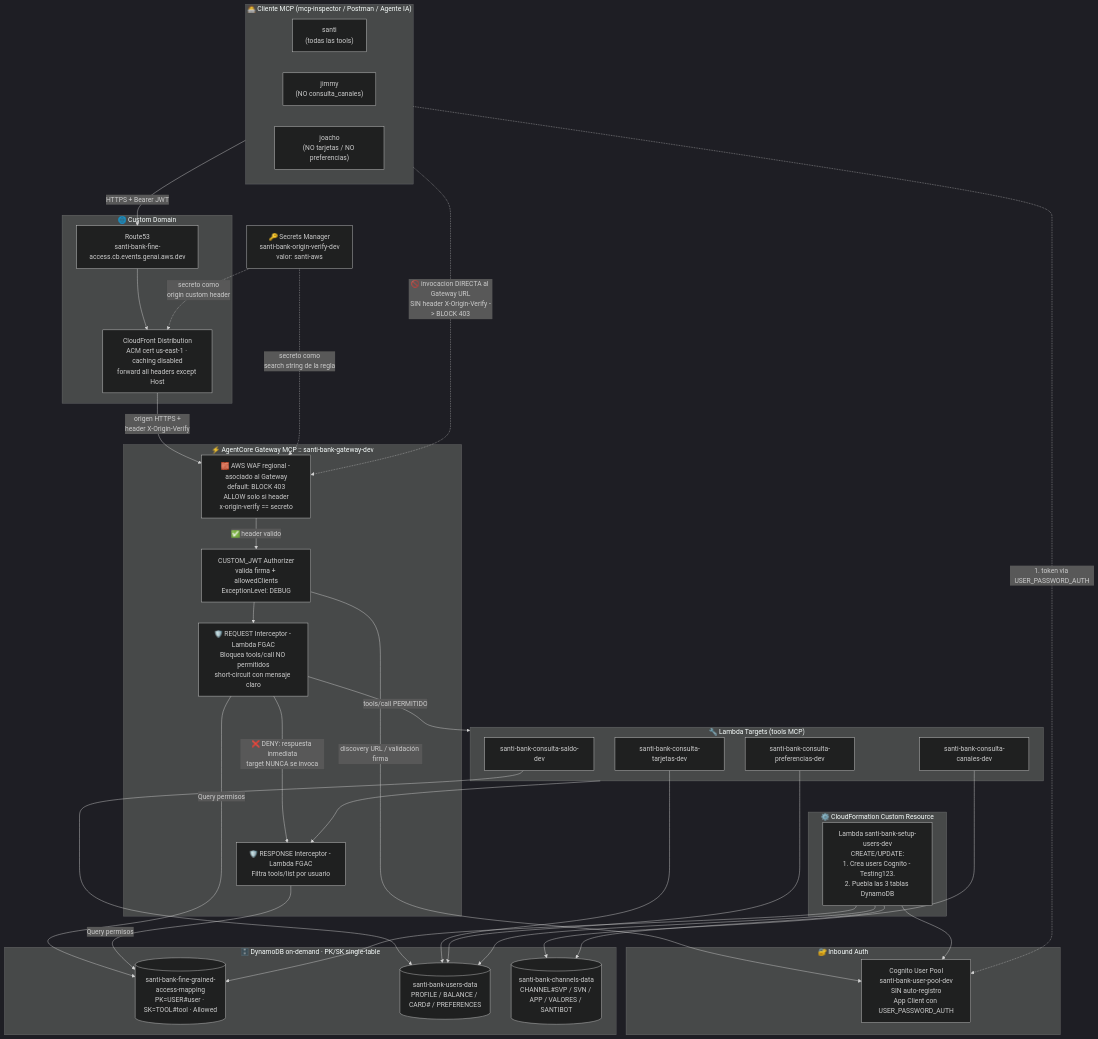
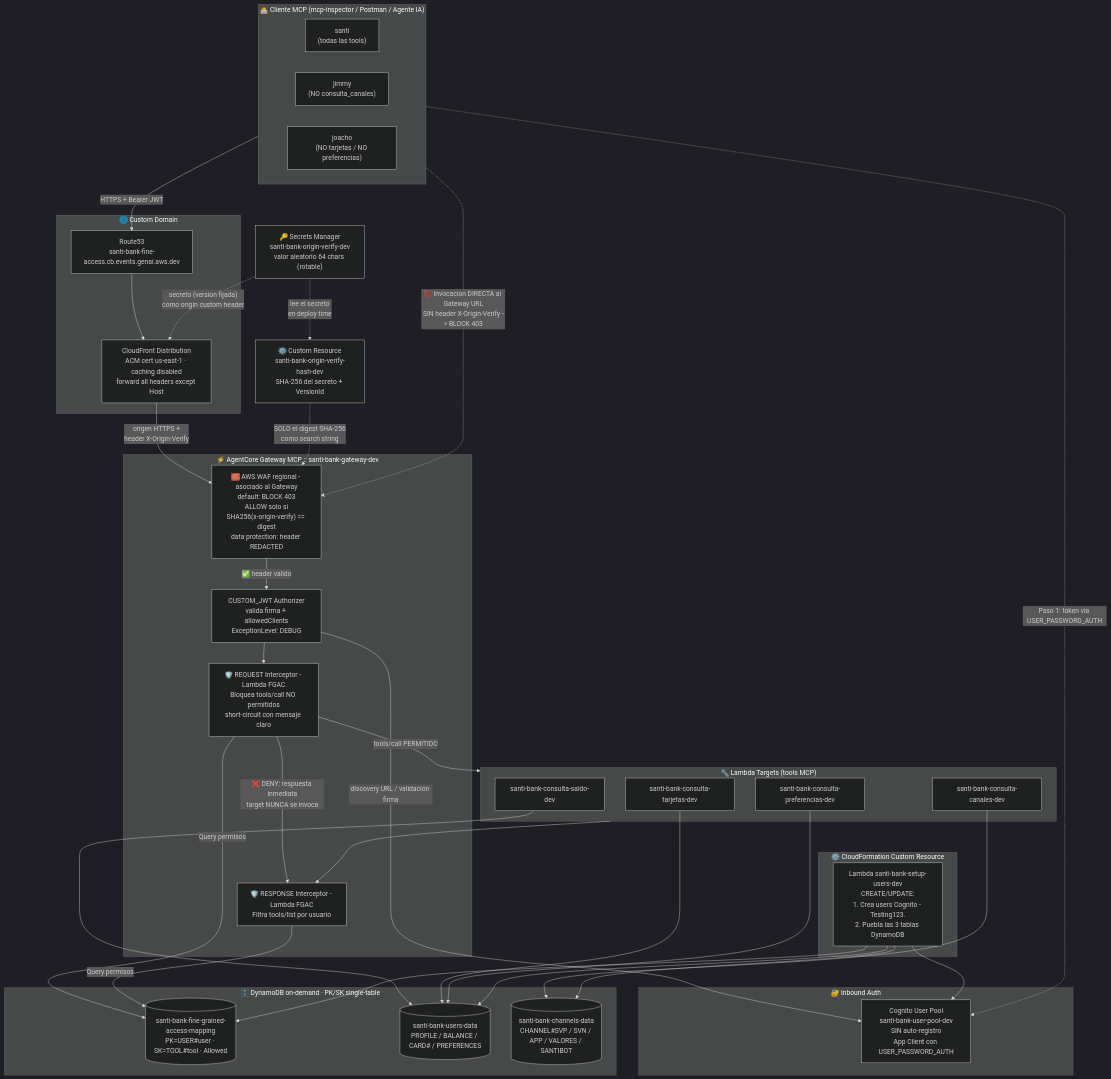
The first of 10 diagrams in README.md (san99tiago/aws-agentcore-fine-grained-access-bank-demo), drawn with Mermaid (dark theme) before and after one commit. The commit also changed other lines of this file and 10 other files, not shown here.

````diff
--- a/README.md
+++ b/README.md
@@ -59,65 +62,67 @@
 ```mermaid
 flowchart TB
     subgraph CLIENT["🧑‍💻 Cliente MCP (mcp-inspector / Postman / Agente IA)"]
         U1["santi<br/>(todas las tools)"]
         U2["jimmy<br/>(NO consulta_canales)"]
         U3["joacho<br/>(NO tarjetas / NO preferencias)"]
     end
 
     subgraph DNS["🌐 Custom Domain"]
         R53["Route53<br/>santi-bank-fine-access.cb.events.genai.aws.dev"]
         CF["CloudFront Distribution<br/>ACM cert us-east-1 · caching disabled<br/>forward all headers except Host"]
     end
 
     subgraph AUTH["🔐 Inbound Auth"]
         COG["Cognito User Pool<br/>santi-bank-user-pool-dev<br/>SIN auto-registro<br/>App Client con USER_PASSWORD_AUTH"]
     end
 
-    SM["🔑 Secrets Manager<br/>santi-bank-origin-verify-dev<br/>valor: santi-aws"]
+    SM["🔑 Secrets Manager<br/>santi-bank-origin-verify-dev<br/>valor aleatorio 64 chars (rotable)"]
+    HASHCR["⚙️ Custom Resource<br/>santi-bank-origin-verify-hash-dev<br/>SHA-256 del secreto + VersionId"]
 
     subgraph GW["⚡ AgentCore Gateway MCP :: santi-bank-gateway-dev"]
-        WAF["🧱 AWS WAF regional - asociado al Gateway<br/>default: BLOCK 403<br/>ALLOW solo si header<br/>x-origin-verify == secreto"]
+        WAF["🧱 AWS WAF regional - asociado al Gateway<br/>default: BLOCK 403<br/>ALLOW solo si<br/>SHA256(x-origin-verify) == digest<br/>data protection: header REDACTED"]
         JWT["CUSTOM_JWT Authorizer<br/>valida firma + allowedClients<br/>ExceptionLevel: DEBUG"]
         REQINT["🛡️ REQUEST Interceptor - Lambda FGAC<br/>Bloquea tools/call NO permitidos<br/>short-circuit con mensaje claro"]
         RESINT["🛡️ RESPONSE Interceptor - Lambda FGAC<br/>Filtra tools/list por usuario"]
     end
 
     subgraph TOOLS["🔧 Lambda Targets (tools MCP)"]
         T1["santi-bank-consulta-saldo-dev"]
         T2["santi-bank-consulta-tarjetas-dev"]
         T3["santi-bank-consulta-canales-dev"]
         T4["santi-bank-consulta-preferencias-dev"]
     end
 
     subgraph DATA["🗄️ DynamoDB on-demand · PK/SK single-table"]
         D1[("santi-bank-fine-grained-access-mapping<br/>PK=USER#user · SK=TOOL#tool · Allowed")]
         D2[("santi-bank-users-data<br/>PROFILE / BALANCE / CARD# / PREFERENCES")]
         D3[("santi-bank-channels-data<br/>CHANNEL#SVP / SVN / APP / VALORES / SANTIBOT")]
     end
 
     subgraph CRSETUP["⚙️ CloudFormation Custom Resource"]
         CR["Lambda santi-bank-setup-users-dev<br/>CREATE/UPDATE:<br/>1. Crea users Cognito - Testing123.<br/>2. Puebla las 3 tablas DynamoDB"]
     end
 
     CLIENT -->|"HTTPS + Bearer JWT"| R53 --> CF -->|"origen HTTPS +<br/>header X-Origin-Verify"| WAF
     WAF -->|"✅ header valido"| JWT
     CLIENT -.->|"🚫 invocacion DIRECTA al Gateway URL<br/>SIN header X-Origin-Verify -> BLOCK 403"| WAF
-    SM -.->|"secreto como<br/>origin custom header"| CF
-    SM -.->|"secreto como<br/>search string de la regla"| WAF
-    CLIENT -.->|"1. token via USER_PASSWORD_AUTH"| COG
+    SM -.->|"secreto (version fijada)<br/>como origin custom header"| CF
+    SM -.->|"lee el secreto<br/>en deploy time"| HASHCR
+    HASHCR -.->|"SOLO el digest SHA-256<br/>como search string"| WAF
+    CLIENT -.->|"Paso 1: token via USER_PASSWORD_AUTH"| COG
     JWT -->|"discovery URL / validación firma"| COG
     JWT --> REQINT
     REQINT -->|"tools/call PERMITIDO"| TOOLS
     REQINT -->|"❌ DENY: respuesta inmediata<br/>target NUNCA se invoca"| RESINT
     TOOLS --> RESINT
     REQINT -->|"Query permisos"| D1
     RESINT -->|"Query permisos"| D1
     T1 --> D2
     T2 --> D2
     T4 --> D2
     T3 --> D3
     CR --> COG
     CR --> D1
     CR --> D2
     CR --> D3
 ```
````
